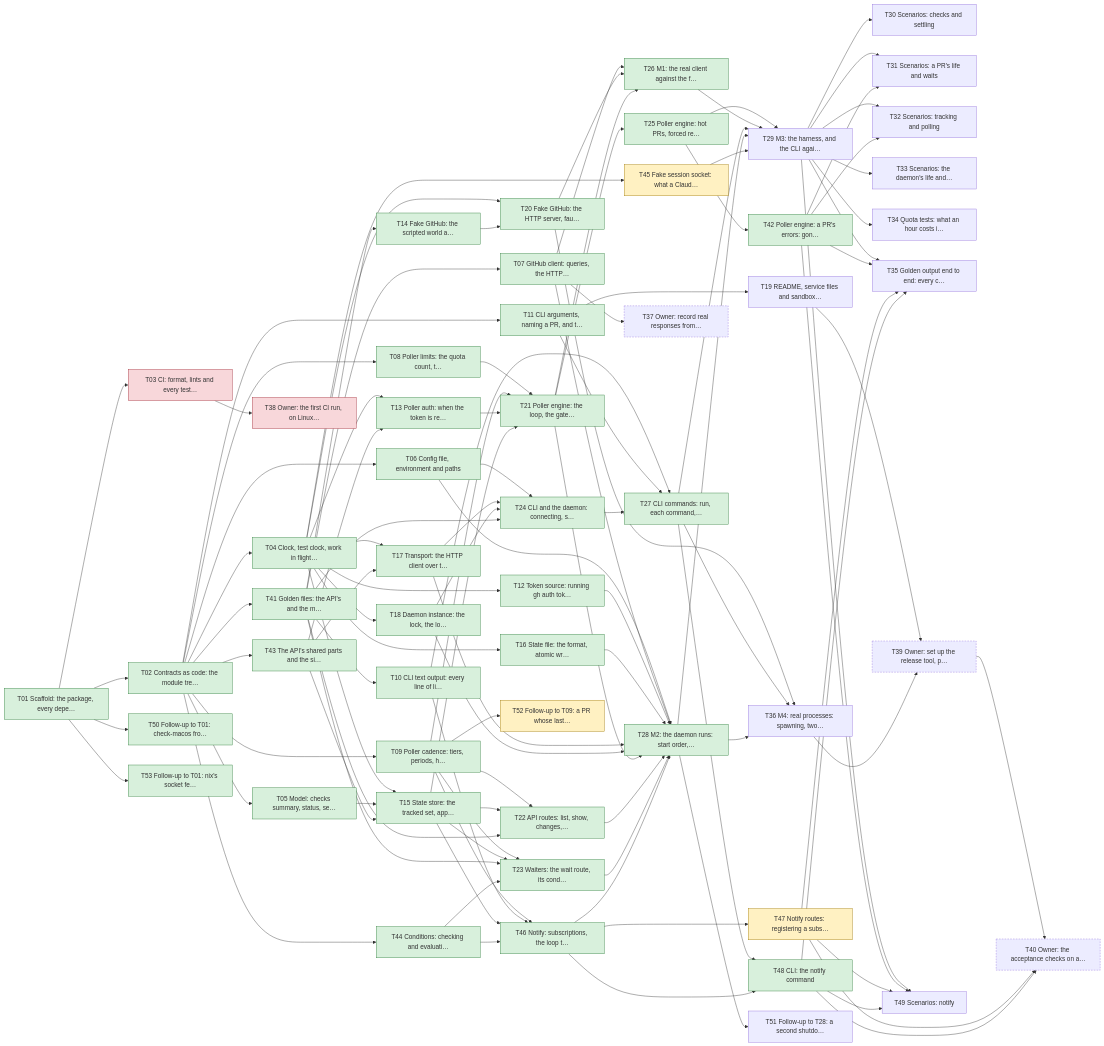
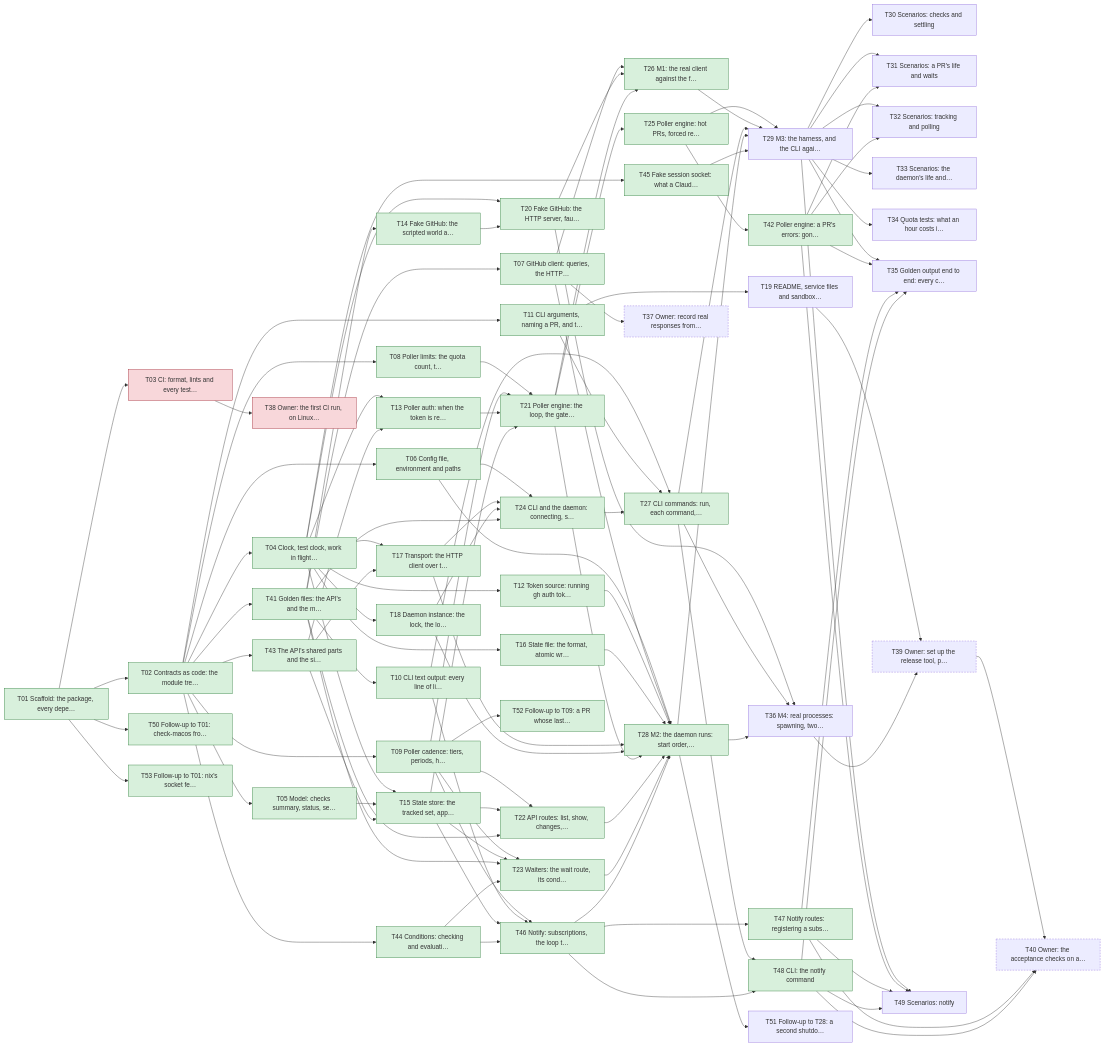
The diagram in plan/README.md (yachiko/circitor), drawn with Mermaid before and after one commit. The commit also changed other lines of this file and 4 other files, not shown here.

```diff
--- a/plan/README.md
+++ b/plan/README.md
@@ -184,14 +184,14 @@
   T42["T42 Poller engine: a PR's errors: gon…"]:::done
   T43["T43 The API's shared parts and the si…"]:::done
   T44["T44 Conditions: checking and evaluati…"]:::done
-  T45["T45 Fake session socket: what a Claud…"]:::active
+  T45["T45 Fake session socket: what a Claud…"]:::done
   T46["T46 Notify: subscriptions, the loop t…"]:::done
-  T47["T47 Notify routes: registering a subs…"]:::active
+  T47["T47 Notify routes: registering a subs…"]:::done
   T48["T48 CLI: the notify command"]:::done
   T49["T49 Scenarios: notify"]
   T50["T50 Follow-up to T01: check-macos fro…"]:::done
   T51["T51 Follow-up to T28: a second shutdo…"]
-  T52["T52 Follow-up to T09: a PR whose last…"]:::active
+  T52["T52 Follow-up to T09: a PR whose last…"]:::done
   T53["T53 Follow-up to T01: nix's socket fe…"]:::done
   T01 --> T02
   T01 --> T03
```
